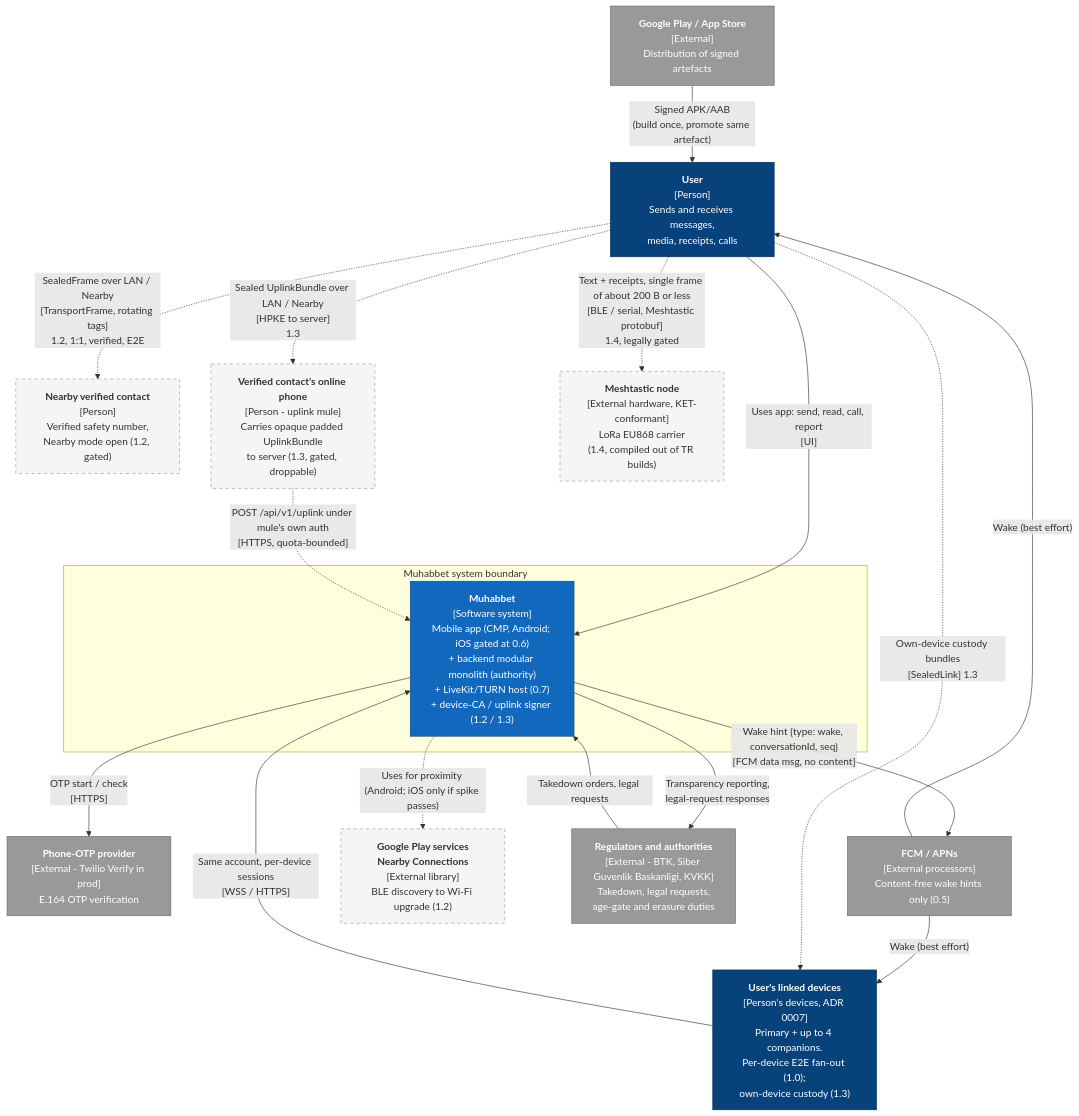
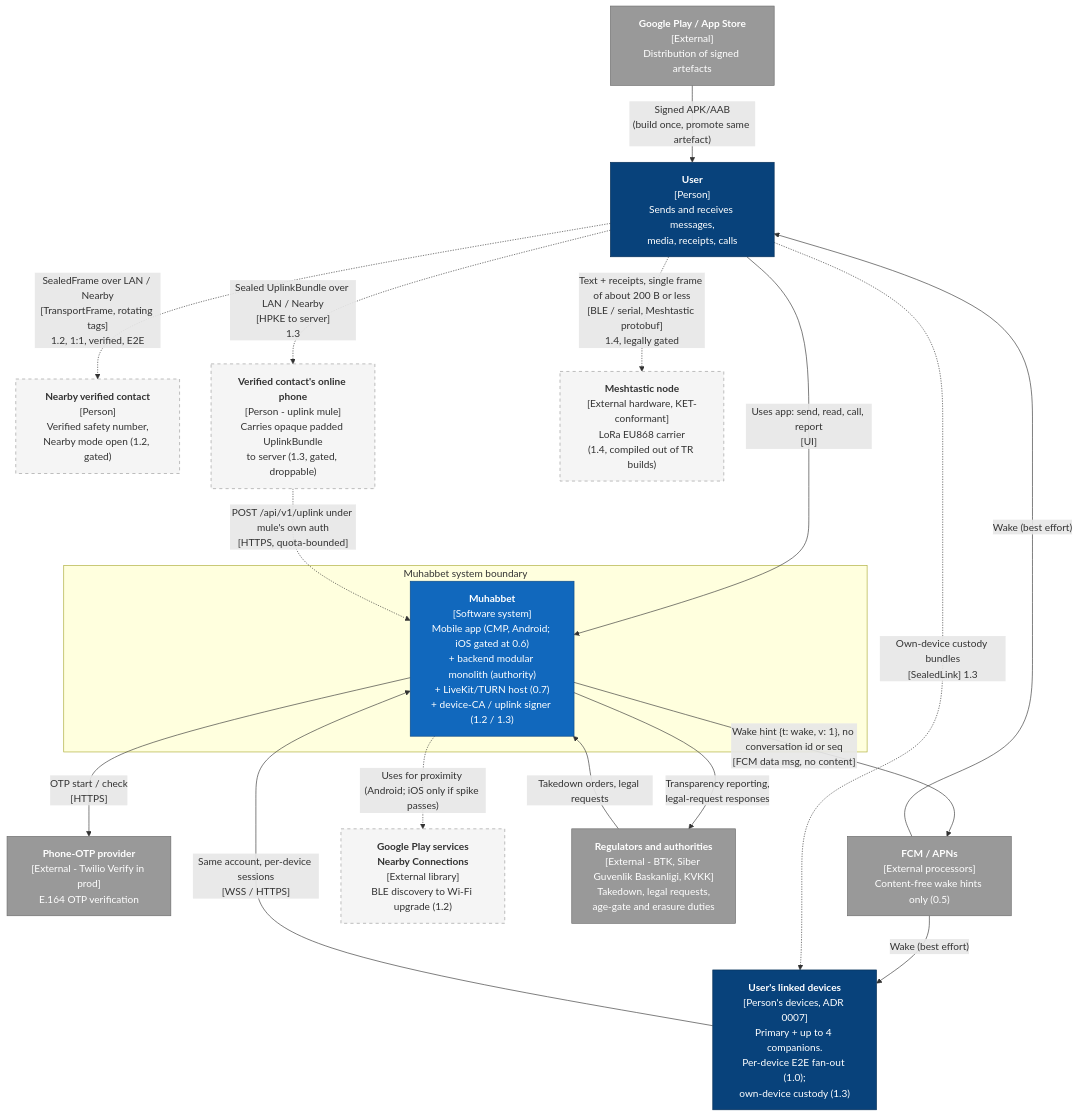
The diagram in docs/diagrams/c4-context.mmd (ahmetabdullahgultekin/Muhabbet), drawn with Mermaid before and after one commit. The commit also changed 56 other files, not shown here.

```diff
--- a/docs/diagrams/c4-context.mmd
+++ b/docs/diagrams/c4-context.mmd
@@ -1,48 +1,48 @@
 %% C4 Level 1 - System context. Muhabbet multi-transport delivery.
 %% ADRs: ADR-0010 (hybrid backbone), ADR-0019 (wake-only push), ADR-0023 (ICE/TURN), ADR-0024 (proximity),
 %%       ADR-0025 (custody), ADR-0026 (Meshtastic, TR-excluded), ADR-0029 (compliance boundary).
 %% Status: Proposed - pending owner approval in docs/architecture/multi-transport/APPROVAL.md. No code before approval.
 %% Source of truth: docs/architecture/multi-transport/decision-brief-2026-11-12.md section 1, 4.1; SAD section 3.
 %% Evidence: BE-15 (content in push), PROX-02/06, LEG-03/04, RF-07, NAT-1, C2, C3.
 %% Notation: C4 drawn as flowchart (C4 Mermaid syntax not used for reliability).
 %%   solid arrow  = exists today or scheduled 0.4-1.0
 %%   dashed arrow = gated post-1.0 path (1.1 Direct, 1.2 Nearby, 1.3 Relay, 1.4 Off-grid); droppable
 %%   Every non-server arrow between people/devices carries only E2E ciphertext (SealedFrame, ADR-0016).
 flowchart TB
     classDef person fill:#08427b,stroke:#052e56,color:#ffffff
     classDef system fill:#1168bd,stroke:#0b4884,color:#ffffff
     classDef external fill:#999999,stroke:#6b6b6b,color:#ffffff
     classDef gated fill:#f5f5f5,stroke:#999999,color:#333333,stroke-dasharray:5 5
 
     user["<b>User</b><br/>[Person]<br/>Sends and receives messages,<br/>media, receipts, calls"]:::person
     companion["<b>User's linked devices</b><br/>[Person's devices, ADR 0007]<br/>Primary + up to 4 companions.<br/>Per-device E2E fan-out (1.0);<br/>own-device custody (1.3)"]:::person
     nearbyContact["<b>Nearby verified contact</b><br/>[Person]<br/>Verified safety number,<br/>Nearby mode open (1.2, gated)"]:::gated
     mule["<b>Verified contact's online phone</b><br/>[Person - uplink mule]<br/>Carries opaque padded UplinkBundle<br/>to server (1.3, gated, droppable)"]:::gated
 
     subgraph boundary["Muhabbet system boundary"]
         muhabbet["<b>Muhabbet</b><br/>[Software system]<br/>Mobile app (CMP, Android; iOS gated at 0.6)<br/>+ backend modular monolith (authority)<br/>+ LiveKit/TURN host (0.7)<br/>+ device-CA / uplink signer (1.2 / 1.3)"]:::system
     end
 
     otp["<b>Phone-OTP provider</b><br/>[External - Twilio Verify in prod]<br/>E.164 OTP verification"]:::external
     push["<b>FCM / APNs</b><br/>[External processors]<br/>Content-free wake hints only (0.5)"]:::external
     stores["<b>Google Play / App Store</b><br/>[External]<br/>Distribution of signed artefacts"]:::external
     nearbySvc["<b>Google Play services<br/>Nearby Connections</b><br/>[External library]<br/>BLE discovery to Wi-Fi upgrade (1.2)"]:::gated
     meshNode["<b>Meshtastic node</b><br/>[External hardware, KET-conformant]<br/>LoRa EU868 carrier<br/>(1.4, compiled out of TR builds)"]:::gated
     authority["<b>Regulators and authorities</b><br/>[External - BTK, Siber Guvenlik Baskanligi, KVKK]<br/>Takedown, legal requests,<br/>age-gate and erasure duties"]:::external
 
     user -- "Uses app: send, read, call, report<br/>[UI]" --> muhabbet
     companion -- "Same account, per-device sessions<br/>[WSS / HTTPS]" --> muhabbet
     muhabbet -- "OTP start / check<br/>[HTTPS]" --> otp
-    muhabbet -- "Wake hint {type: wake, conversationId, seq}<br/>[FCM data msg, no content]" --> push
+    muhabbet -- "Wake hint {t: wake, v: 1}, no conversation id or seq<br/>[FCM data msg, no content]" --> push
     push -- "Wake (best effort)" --> companion
     push -- "Wake (best effort)" --> user
     stores -- "Signed APK/AAB<br/>(build once, promote same artefact)" --> user
     authority -- "Takedown orders, legal requests" --> muhabbet
     muhabbet -- "Transparency reporting,<br/>legal-request responses" --> authority
 
     user -. "SealedFrame over LAN / Nearby<br/>[TransportFrame, rotating tags]<br/>1.2, 1:1, verified, E2E" .-> nearbyContact
     user -. "Sealed UplinkBundle over LAN / Nearby<br/>[HPKE to server]<br/>1.3" .-> mule
     mule -. "POST /api/v1/uplink under mule's own auth<br/>[HTTPS, quota-bounded]" .-> muhabbet
     user -. "Own-device custody bundles<br/>[SealedLink] 1.3" .-> companion
     muhabbet -. "Uses for proximity (Android; iOS only if spike passes)" .-> nearbySvc
     user -. "Text + receipts, single frame of about 200 B or less<br/>[BLE / serial, Meshtastic protobuf]<br/>1.4, legally gated" .-> meshNode
```
